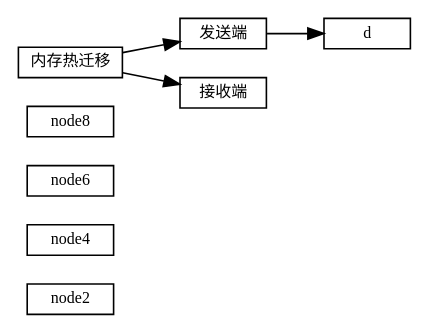
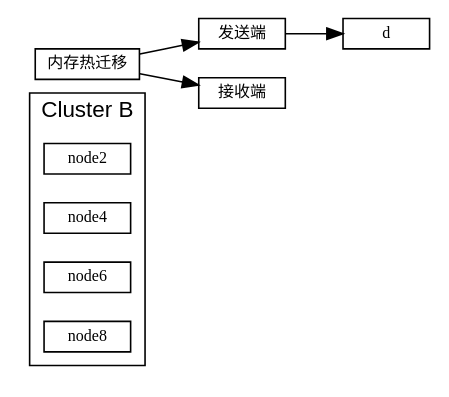
One commit to sisyphus1212/note changed the diagram in 虚拟化/热迁移/1-内存热迁移.md. Above: the diagram before and after it, drawn with Graphviz.

Commit message:
auto_update

````diff
--- a/虚拟化/热迁移/1-内存热迁移.md
+++ b/虚拟化/热迁移/1-内存热迁移.md
@@ -11,21 +11,21 @@
 ```graphviz
 digraph 热迁移 {
 fontname="Helvetica,Arial,sans-serif"
 //node [fontname="Helvetica,Arial,sans-serif"]
 edge [fontname="Helvetica,Arial,sans-serif"]
 rankdir="LR"
 node [fontsize=10, shape=box, height=0.25]
 edge [fontsize=10]
 
-  subgraph send {
+  subgraph cluster_send {
     label="Cluster B";
     node2; node4; node6; node8;
   }
 
 内存热迁移 [label="内存热迁移"]
 内存热迁移 -> 发送端
            -> d
 
 内存热迁移 -> 接收端
 }
 ```
````
